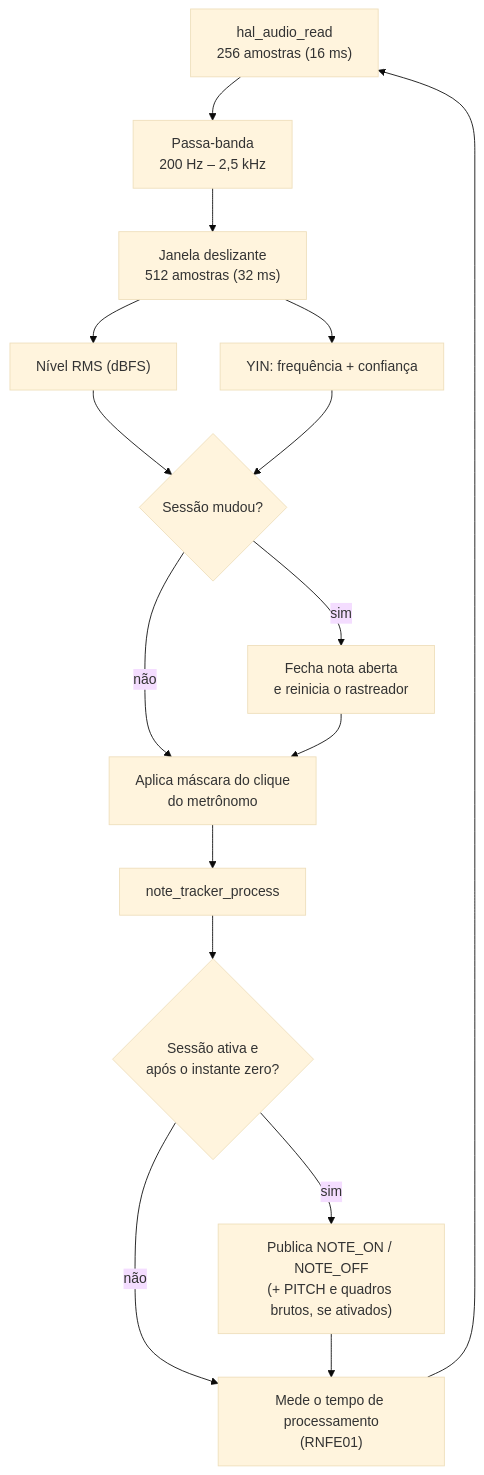
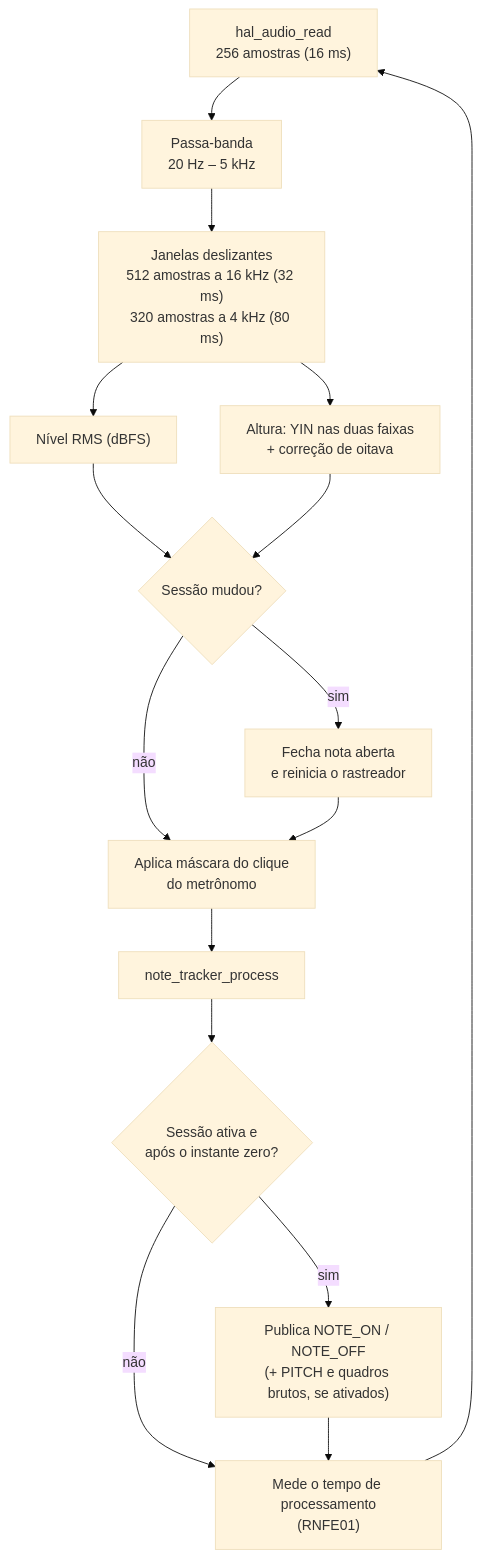
The sixth of 9 diagrams in README.md (noggyamamoto/firmware_I2S), drawn with Mermaid (base theme) before and after one commit. The commit also changed other lines of this file and 11 other files, not shown here.

````diff
--- a/README.md
+++ b/README.md
@@ -542,18 +548,18 @@
 ```mermaid
 flowchart TD
-    A["hal_audio_read<br/>256 amostras (16 ms)"] --> B["Passa-banda<br/>200 Hz – 2,5 kHz"]
-    B --> C["Janela deslizante<br/>512 amostras (32 ms)"]
+    A["hal_audio_read<br/>256 amostras (16 ms)"] --> B["Passa-banda<br/>20 Hz – 5 kHz"]
+    B --> C["Janelas deslizantes<br/>512 amostras a 16 kHz (32 ms)<br/>320 amostras a 4 kHz (80 ms)"]
     C --> D["Nível RMS (dBFS)"]
-    C --> E["YIN: frequência + confiança"]
+    C --> E["Altura: YIN nas duas faixas<br/>+ correção de oitava"]
     D --> F{"Sessão mudou?"}
     E --> F
     F -- sim --> G["Fecha nota aberta<br/>e reinicia o rastreador"]
     F -- não --> H
     G --> H["Aplica máscara do clique<br/>do metrônomo"]
     H --> I["note_tracker_process"]
     I --> J{"Sessão ativa e<br/>após o instante zero?"}
     J -- não --> L
     J -- sim --> K["Publica NOTE_ON / NOTE_OFF<br/>(+ PITCH e quadros brutos, se ativados)"]
     K --> L["Mede o tempo de processamento<br/>(RNFE01)"]
     L --> A
 ```
````
